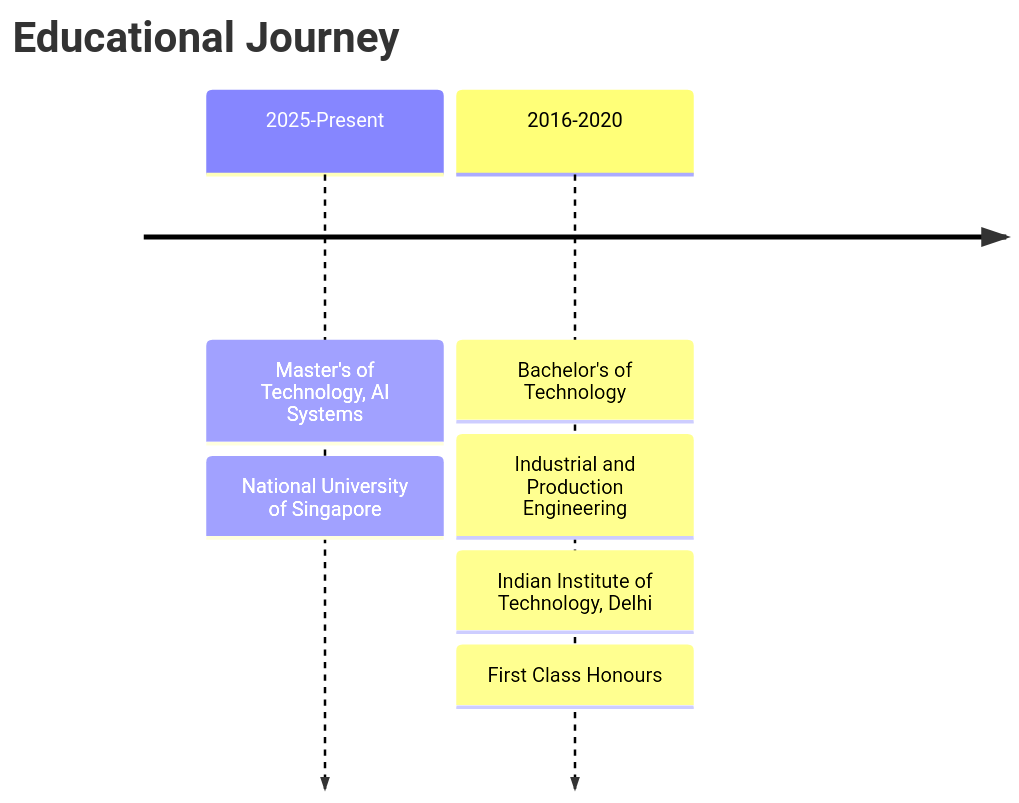
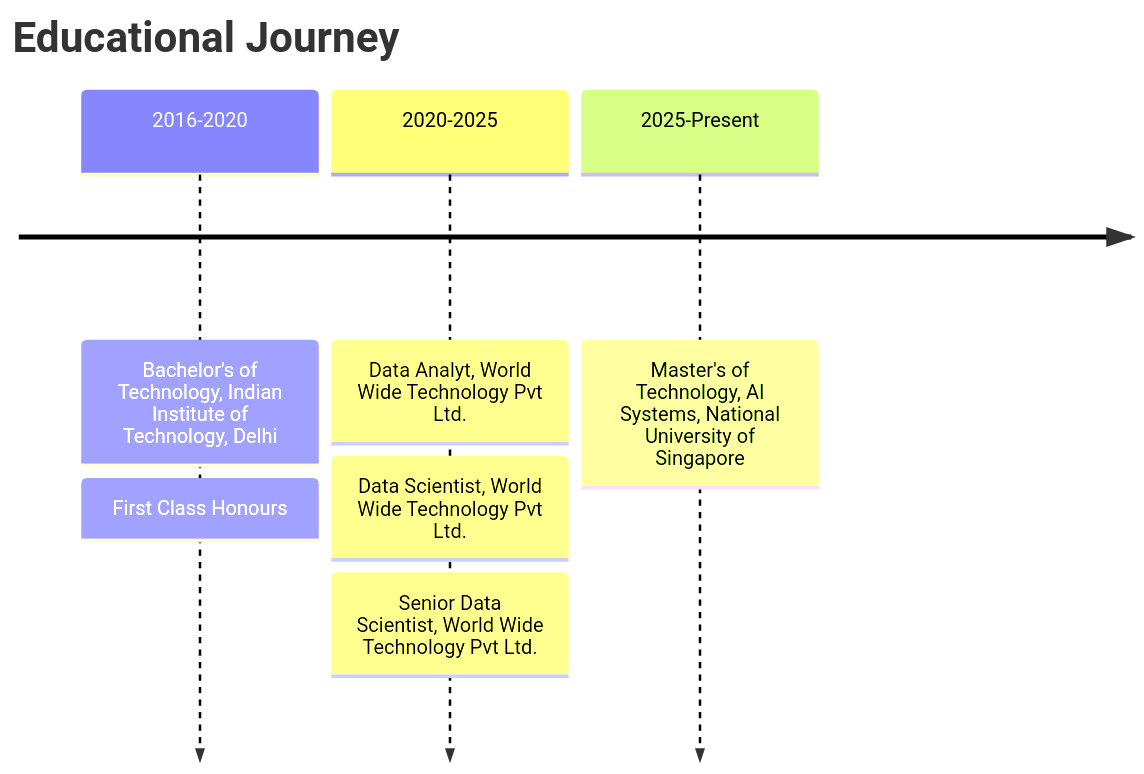
Before and after one commit to shantam98/shantam98.github.io: the first of 11 diagrams in README.md, drawn with Mermaid. The commit also changed other lines of this file, not shown here.

First line of the commit message:
Revise educational timeline and clean up README

````diff
--- a/README.md
+++ b/README.md
@@ -25,10 +25,10 @@
 ```mermaid
 timeline
     title Educational Journey
-    2025-Present : Master's of Technology, AI Systems
-                 : National University of Singapore
-    2016-2020   : Bachelor's of Technology
-                : Industrial and Production Engineering
-                : Indian Institute of Technology, Delhi
+    2016-2020   : Bachelor's of Technology, Indian Institute of Technology, Delhi
                 : First Class Honours
+    2020-2025   : Data Analyt, World Wide Technology Pvt Ltd.
+                : Data Scientist, World Wide Technology Pvt Ltd.
+                : Senior Data Scientist, World Wide Technology Pvt Ltd.
+  2025-Present : Master's of Technology, AI Systems, National University of Singapore
 ```
````
